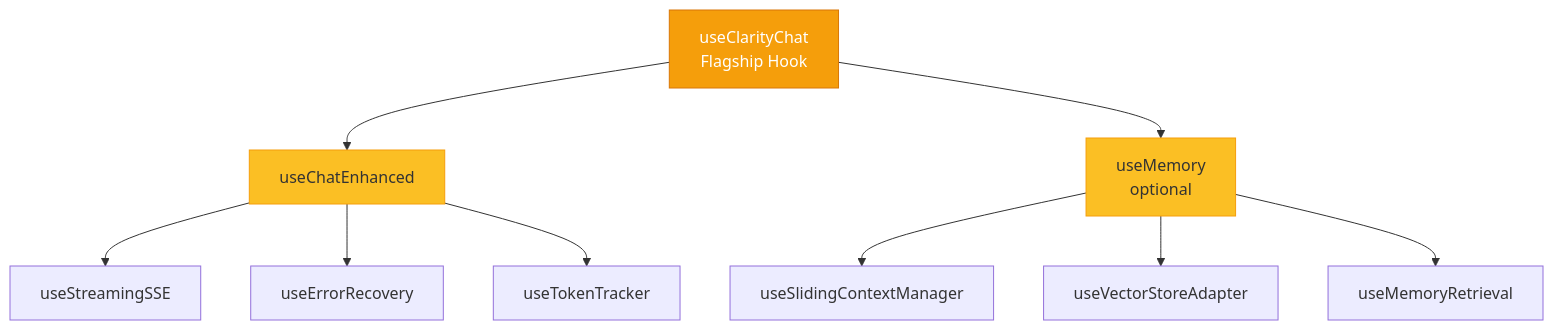
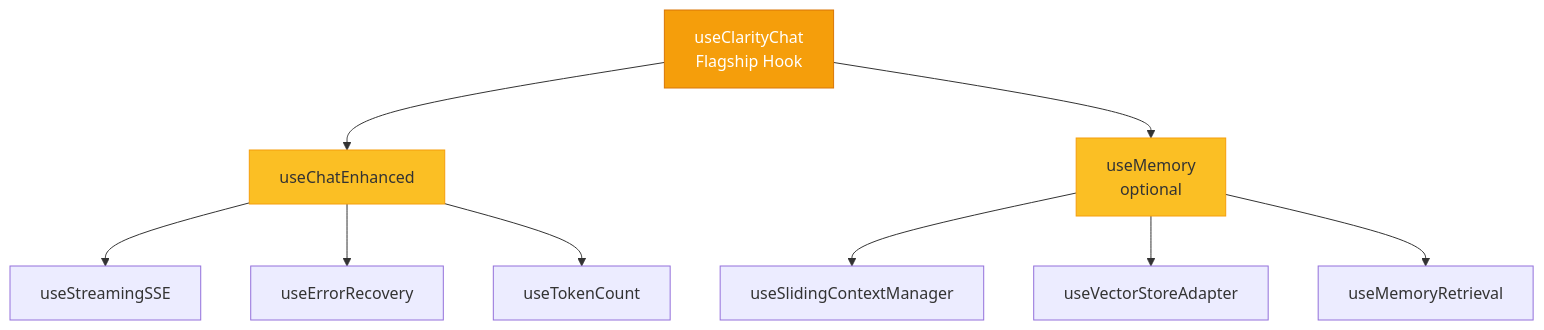
One commit to christireid/Clarity-ai-chat-components changed the third of 13 diagrams in docs/architecture.md. Above: the diagram before and after it, drawn with Mermaid. The commit also changed other lines of this file and 283 other files, not shown here.

````diff
--- a/docs/architecture.md
+++ b/docs/architecture.md
@@ -69,17 +69,17 @@
 ```mermaid
 graph TD
     UC[useClarityChat<br/>Flagship Hook] --> UCE[useChatEnhanced]
     UC --> UM[useMemory<br/>optional]
 
     UCE --> USSE[useStreamingSSE]
     UCE --> UER[useErrorRecovery]
-    UCE --> UTT[useTokenTracker]
+    UCE --> UTT[useTokenCount]
 
     UM --> USCM[useSlidingContextManager]
     UM --> UVSA[useVectorStoreAdapter]
     UM --> UMR[useMemoryRetrieval]
 
     style UC fill:#f59e0b,stroke:#d97706,color:#fff
     style UCE fill:#fbbf24,stroke:#f59e0b
     style UM fill:#fbbf24,stroke:#f59e0b
 ```
````
